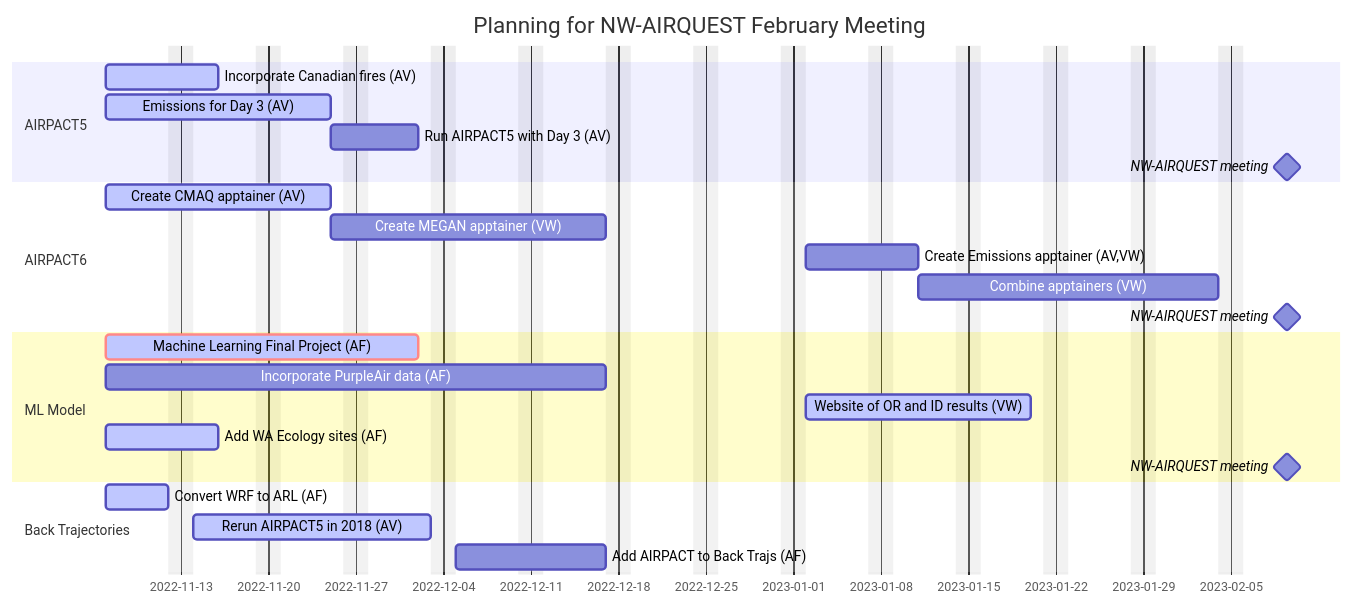
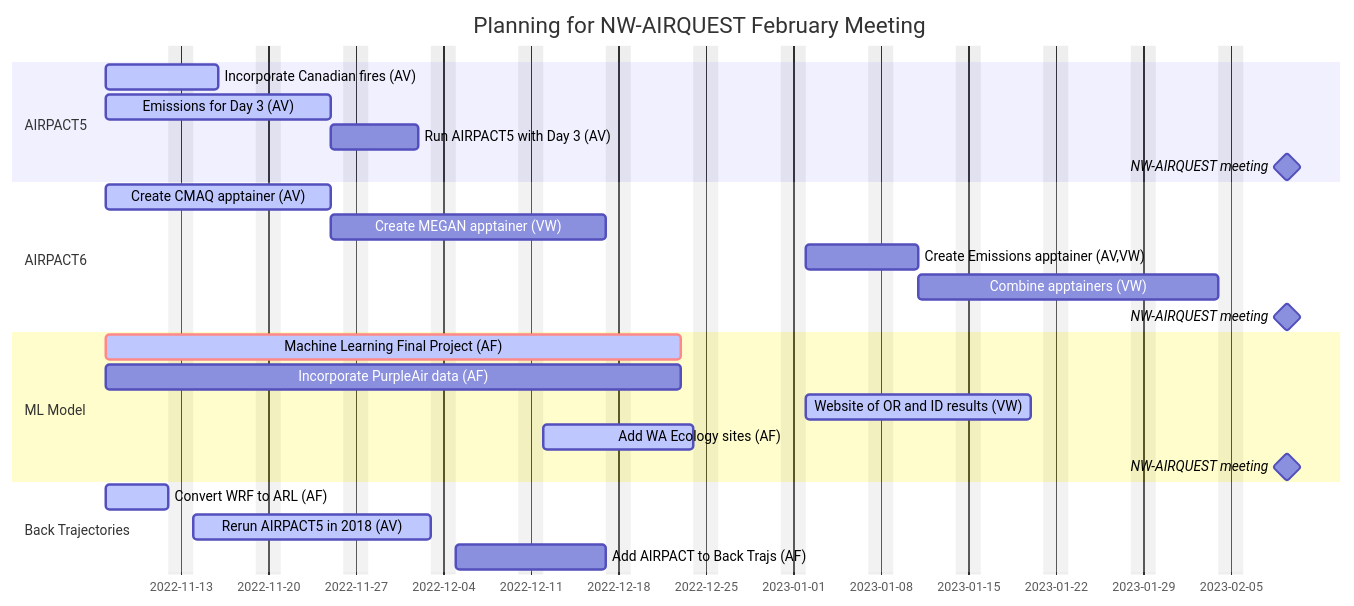
Before and after one commit to wsular/airpact: the diagram in planning/walden-research-group-GanttChart.md, drawn with Mermaid. The commit also changed 12 other files, not shown here.

Commit message:
Update gantt chart based on Ana Carla planning

````diff
--- a/planning/walden-research-group-GanttChart.md
+++ b/planning/walden-research-group-GanttChart.md
@@ -3,31 +3,31 @@
 ```mermaid
 gantt
     dateFormat  YYYY-MM-DD
     title       Planning for NW-AIRQUEST February Meeting
     excludes    weekends
 
   section AIRPACT5
     Incorporate Canadian fires (AV)         :active,        s1t1,   2022-11-07, 7d
     Emissions for Day 3 (AV)                :active,        s1t2,   2022-11-07, 14d
     Run AIRPACT5 with Day 3 (AV)            :               s1t3,   after s1t2, 5d
     NW-AIRQUEST meeting                     :milestone,             2023-02-09, 1d
 
   section AIRPACT6
     Create CMAQ apptainer (AV)              :active,        s2t1,   2022-11-07, 14d
     Create MEGAN apptainer (VW)             :               s2t2,   after s2t1, 16d
     Create Emissions apptainer (AV,VW)      :               s2t3,   2023-01-02, 7d
     Combine apptainers (VW)                 :               s2t4,   after s2t3, 18d 
     NW-AIRQUEST meeting                     :milestone,             2023-02-09, 1d
 
   section ML Model
-    Machine Learning Final Project (AF)     :crit,active,   s3t1,   2022-11-07,2022-12-02
-    Incorporate PurpleAir data (AF)         :               s3t2,   2022-11-07,2022-12-17
+    Machine Learning Final Project (AF)     :crit,active,   s3t1,   2022-11-07,2022-12-23
+    Incorporate PurpleAir data (AF)         :               s3t2,   2022-11-07,2022-12-23
     Website of OR and ID results (VW)       :active,        s3t3,   2023-01-02, 14d
-    Add WA Ecology sites (AF)               :active,        s3t4,   2022-11-07, 7d 
+    Add WA Ecology sites (AF)               :active,        s3t4,   2022-12-12, 10d 
     NW-AIRQUEST meeting                     :milestone,             2023-02-09, 1d
 
   section Back Trajectories
     Convert WRF to ARL (AF)                 :active,        s4t1,   2022-11-07, 5d
     Rerun AIRPACT5 in 2018 (AV)             :active,        s4t2,   after s4t1, 15d
     Add AIRPACT to Back Trajs (AF)          :               s4t3,   after s4t2, 10d
 ```
````
